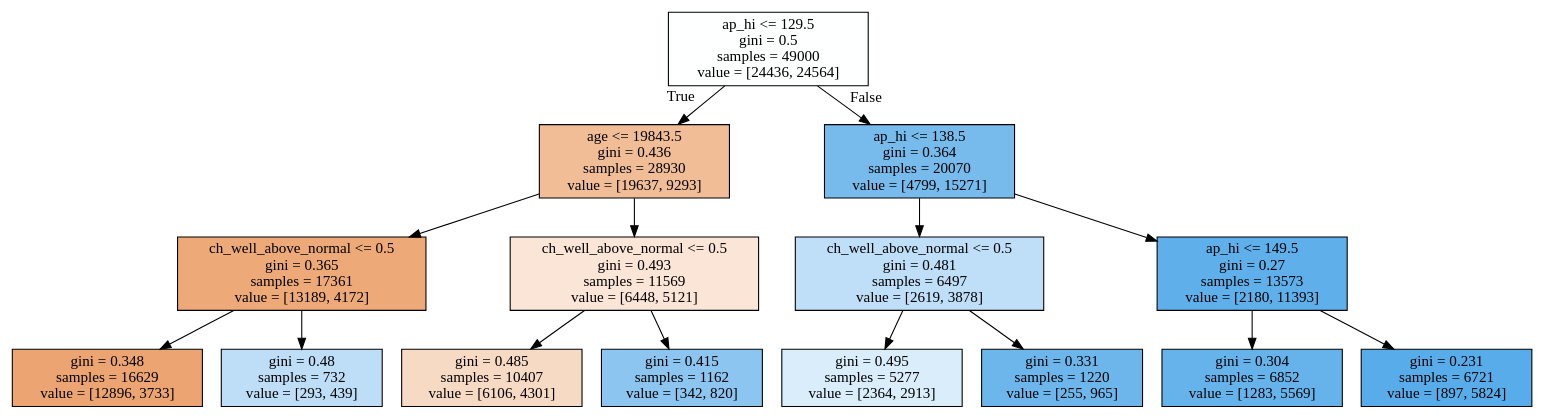
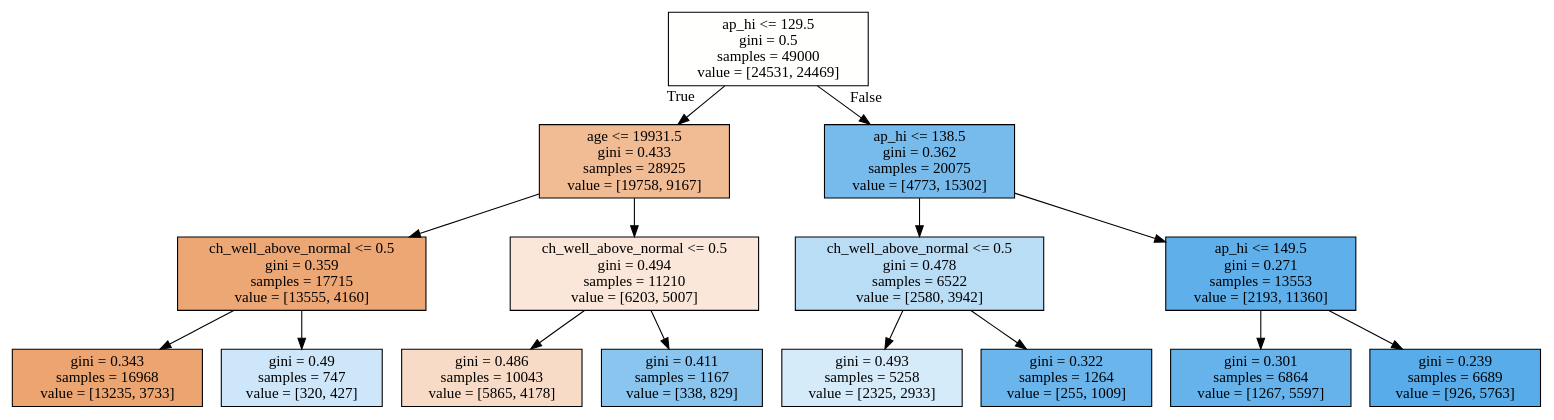
One commit to yy-nm/mard_learning_mlcourse.ai changed the diagram in assignment_3/data.dot. Above: the diagram before and after it, drawn with Graphviz. The commit also changed 2 other files, not shown here.

```diff
--- a/assignment_3/data.dot
+++ b/assignment_3/data.dot
@@ -1,32 +1,32 @@
 digraph Tree {
 node [shape=box, style="filled", color="black"] ;
-0 [label="ap_hi <= 129.5\ngini = 0.5\nsamples = 49000\nvalue = [24436, 24564]", fillcolor="#399de501"] ;
-1 [label="age <= 19843.5\ngini = 0.436\nsamples = 28930\nvalue = [19637, 9293]", fillcolor="#e5813986"] ;
+0 [label="ap_hi <= 129.5\ngini = 0.5\nsamples = 49000\nvalue = [24531, 24469]", fillcolor="#e5813901"] ;
+1 [label="age <= 19931.5\ngini = 0.433\nsamples = 28925\nvalue = [19758, 9167]", fillcolor="#e5813989"] ;
 0 -> 1 [labeldistance=2.5, labelangle=45, headlabel="True"] ;
-2 [label="ch_well_above_normal <= 0.5\ngini = 0.365\nsamples = 17361\nvalue = [13189, 4172]", fillcolor="#e58139ae"] ;
+2 [label="ch_well_above_normal <= 0.5\ngini = 0.359\nsamples = 17715\nvalue = [13555, 4160]", fillcolor="#e58139b1"] ;
 1 -> 2 ;
-3 [label="gini = 0.348\nsamples = 16629\nvalue = [12896, 3733]", fillcolor="#e58139b5"] ;
+3 [label="gini = 0.343\nsamples = 16968\nvalue = [13235, 3733]", fillcolor="#e58139b7"] ;
 2 -> 3 ;
-4 [label="gini = 0.48\nsamples = 732\nvalue = [293, 439]", fillcolor="#399de555"] ;
+4 [label="gini = 0.49\nsamples = 747\nvalue = [320, 427]", fillcolor="#399de540"] ;
 2 -> 4 ;
-5 [label="ch_well_above_normal <= 0.5\ngini = 0.493\nsamples = 11569\nvalue = [6448, 5121]", fillcolor="#e5813934"] ;
+5 [label="ch_well_above_normal <= 0.5\ngini = 0.494\nsamples = 11210\nvalue = [6203, 5007]", fillcolor="#e5813931"] ;
 1 -> 5 ;
-6 [label="gini = 0.485\nsamples = 10407\nvalue = [6106, 4301]", fillcolor="#e581394b"] ;
+6 [label="gini = 0.486\nsamples = 10043\nvalue = [5865, 4178]", fillcolor="#e5813949"] ;
 5 -> 6 ;
-7 [label="gini = 0.415\nsamples = 1162\nvalue = [342, 820]", fillcolor="#399de595"] ;
+7 [label="gini = 0.411\nsamples = 1167\nvalue = [338, 829]", fillcolor="#399de597"] ;
 5 -> 7 ;
-8 [label="ap_hi <= 138.5\ngini = 0.364\nsamples = 20070\nvalue = [4799, 15271]", fillcolor="#399de5af"] ;
+8 [label="ap_hi <= 138.5\ngini = 0.362\nsamples = 20075\nvalue = [4773, 15302]", fillcolor="#399de5af"] ;
 0 -> 8 [labeldistance=2.5, labelangle=-45, headlabel="False"] ;
-9 [label="ch_well_above_normal <= 0.5\ngini = 0.481\nsamples = 6497\nvalue = [2619, 3878]", fillcolor="#399de553"] ;
+9 [label="ch_well_above_normal <= 0.5\ngini = 0.478\nsamples = 6522\nvalue = [2580, 3942]", fillcolor="#399de558"] ;
 8 -> 9 ;
-10 [label="gini = 0.495\nsamples = 5277\nvalue = [2364, 2913]", fillcolor="#399de530"] ;
+10 [label="gini = 0.493\nsamples = 5258\nvalue = [2325, 2933]", fillcolor="#399de535"] ;
 9 -> 10 ;
-11 [label="gini = 0.331\nsamples = 1220\nvalue = [255, 965]", fillcolor="#399de5bc"] ;
+11 [label="gini = 0.322\nsamples = 1264\nvalue = [255, 1009]", fillcolor="#399de5bf"] ;
 9 -> 11 ;
-12 [label="ap_hi <= 149.5\ngini = 0.27\nsamples = 13573\nvalue = [2180, 11393]", fillcolor="#399de5ce"] ;
+12 [label="ap_hi <= 149.5\ngini = 0.271\nsamples = 13553\nvalue = [2193, 11360]", fillcolor="#399de5ce"] ;
 8 -> 12 ;
-13 [label="gini = 0.304\nsamples = 6852\nvalue = [1283, 5569]", fillcolor="#399de5c4"] ;
+13 [label="gini = 0.301\nsamples = 6864\nvalue = [1267, 5597]", fillcolor="#399de5c5"] ;
 12 -> 13 ;
-14 [label="gini = 0.231\nsamples = 6721\nvalue = [897, 5824]", fillcolor="#399de5d8"] ;
+14 [label="gini = 0.239\nsamples = 6689\nvalue = [926, 5763]", fillcolor="#399de5d6"] ;
 12 -> 14 ;
 }
```
